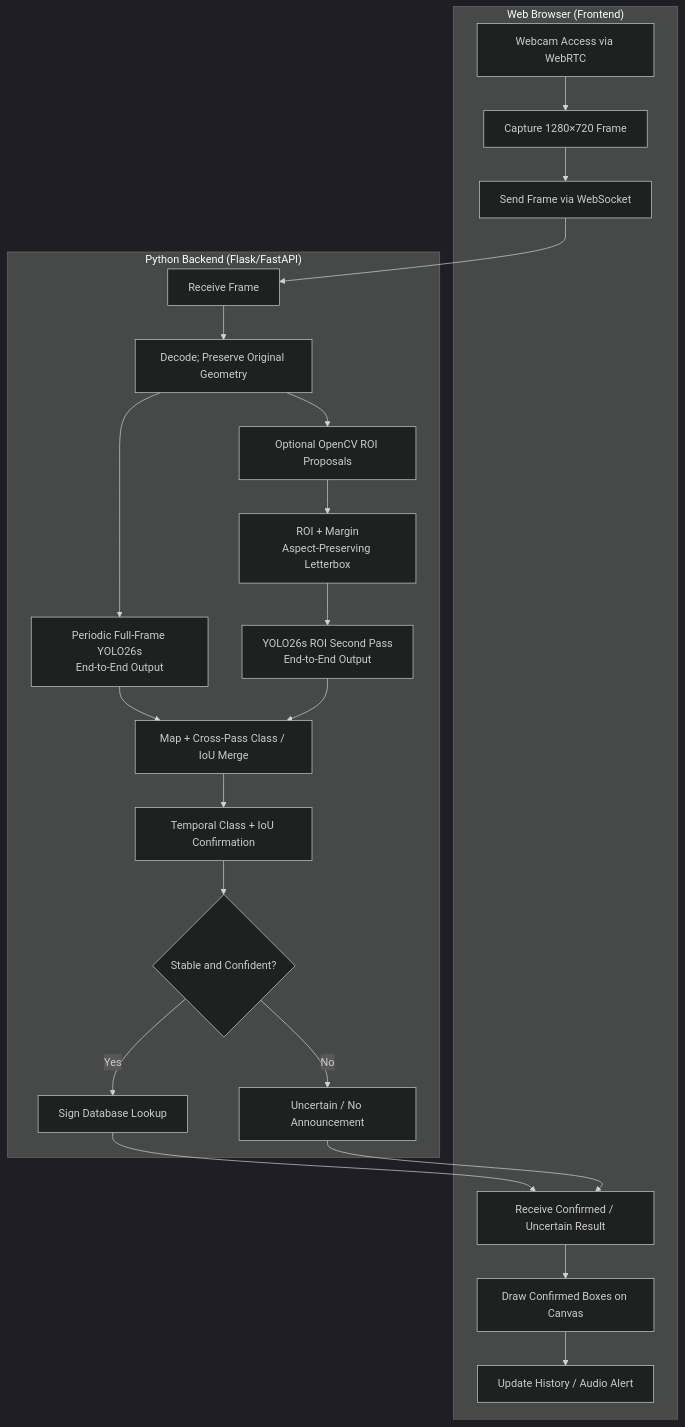
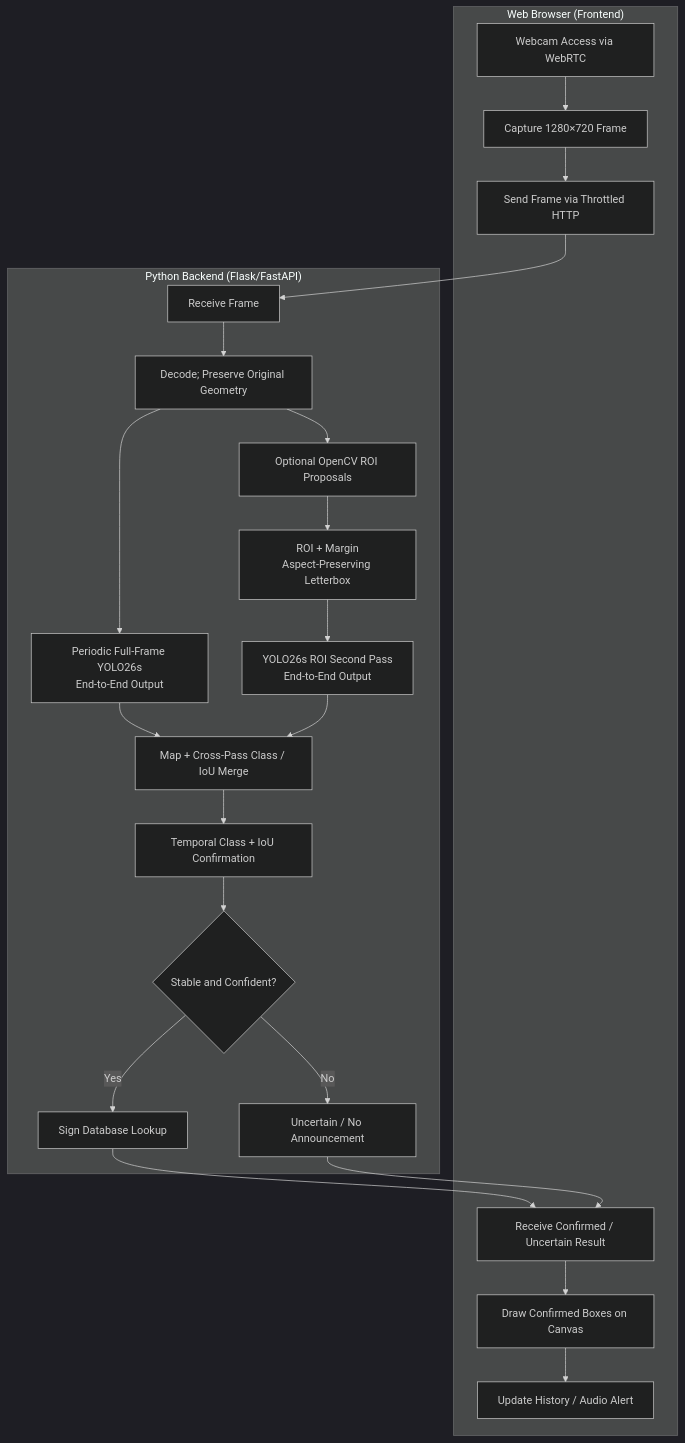
One commit to Kendrew1119/Intelligent-Malaysian-Traffic-Sign-Recognition-Using-Real-Time-Camera-Detection-on-Android changed the fourth of 4 diagrams in enhanced_block_diagram.md. Above: the diagram before and after it, drawn with Mermaid (dark theme). The commit also changed other lines of this file and 316 other files, not shown here.

````diff
--- a/enhanced_block_diagram.md
+++ b/enhanced_block_diagram.md
@@ -170,26 +170,26 @@
 ```mermaid
 flowchart TD
     subgraph Browser["Web Browser (Frontend)"]
         A["Webcam Access via WebRTC"] --> B["Capture 1280×720 Frame"]
-        B --> C["Send Frame via WebSocket"]
+        B --> C["Send Frame via Throttled HTTP"]
         O["Receive Confirmed / Uncertain Result"] --> P["Draw Confirmed Boxes on Canvas"]
         P --> Q["Update History / Audio Alert"]
     end
 
     subgraph Server["Python Backend (Flask/FastAPI)"]
         C --> D["Receive Frame"]
         D --> E["Decode; Preserve Original Geometry"]
         E --> F["Periodic Full-Frame YOLO26s\nEnd-to-End Output"]
         E --> G["Optional OpenCV ROI Proposals"]
         G --> H["ROI + Margin\nAspect-Preserving Letterbox"]
         H --> I["YOLO26s ROI Second Pass\nEnd-to-End Output"]
         F --> J["Map + Cross-Pass Class / IoU Merge"]
         I --> J
         J --> K["Temporal Class + IoU Confirmation"]
         K --> L{"Stable and Confident?"}
         L -- "Yes" --> M["Sign Database Lookup"]
         L -- "No" --> N["Uncertain / No Announcement"]
         M --> O
         N --> O
     end
 ```
````
